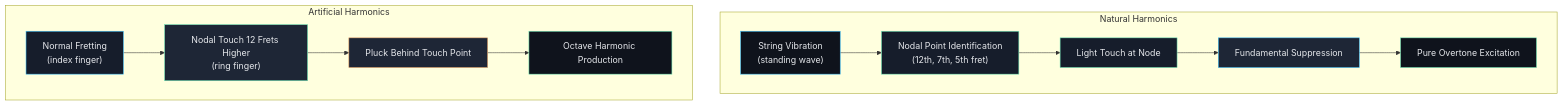
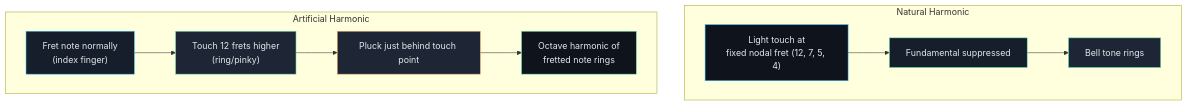
One commit to blebleblee/synapse changed the fifth of 6 diagrams in topics/arts/music_performance/strings/labs.md. Above: the diagram before and after it, drawn with Mermaid. The commit also changed other lines of this file and 4 other files, not shown here.

````diff
--- a/topics/arts/music_performance/strings/labs.md
+++ b/topics/arts/music_performance/strings/labs.md
@@ -1152,34 +638,25 @@
 ```mermaid
 graph TD
-    subgraph sub_natural ["Natural Harmonics"]
-        A["String Vibration<br/>(standing wave)"]
-        B["Nodal Point Identification<br/>(12th, 7th, 5th fret)"]
-        C["Light Touch at Node"]
-        D["Fundamental Suppression"]
-        E["Pure Overtone Excitation"]
+    subgraph sub_natural ["Natural Harmonic"]
+        A["Light touch at<br/>fixed nodal fret (12, 7, 5, 4)"]
+        B["Fundamental suppressed"]
+        C["Bell tone rings"]
     end
-    subgraph sub_artificial ["Artificial Harmonics"]
-        F["Normal Fretting<br/>(index finger)"]
-        G["Nodal Touch 12 Frets Higher<br/>(ring finger)"]
-        H["Pluck Behind Touch Point"]
-        I["Octave Harmonic Production"]
+    subgraph sub_artificial ["Artificial Harmonic"]
+        D["Fret note normally<br/>(index finger)"]
+        E["Touch 12 frets higher<br/>(ring/pinky)"]
+        F["Pluck just behind touch point"]
+        G["Octave harmonic of<br/>fretted note rings"]
     end
-    
-    A --> B
-    B --> C
-    C --> D
-    D --> E
-    F --> G
-    G --> H
-    H --> I
-    
+
+    A --> B --> C
+    D --> E --> F --> G
+
     style A fill:#0F131C,stroke:#38BDF8,color:#E5E7EB
     style B fill:#161D2B,stroke:#6EE7B7,color:#E5E7EB
-    style C fill:#161D2B,stroke:#6EE7B7,color:#E5E7EB
-    style D fill:#1E2636,stroke:#38BDF8,color:#E5E7EB
-    style E fill:#0F131C,stroke:#6EE7B7,color:#E5E7EB
-    style F fill:#161D2B,stroke:#38BDF8,color:#E5E7EB
-    style G fill:#1E2636,stroke:#6EE7B7,color:#E5E7EB
-    style H fill:#1E2636,stroke:#E9A568,color:#E5E7EB
-    style I fill:#0F131C,stroke:#6EE7B7,color:#E5E7EB
+    style C fill:#1E2636,stroke:#6EE7B7,color:#E5E7EB
+    style D fill:#161D2B,stroke:#38BDF8,color:#E5E7EB
+    style E fill:#1E2636,stroke:#6EE7B7,color:#E5E7EB
+    style F fill:#1E2636,stroke:#E9A568,color:#E5E7EB
+    style G fill:#0F131C,stroke:#6EE7B7,color:#E5E7EB
 ```
````
